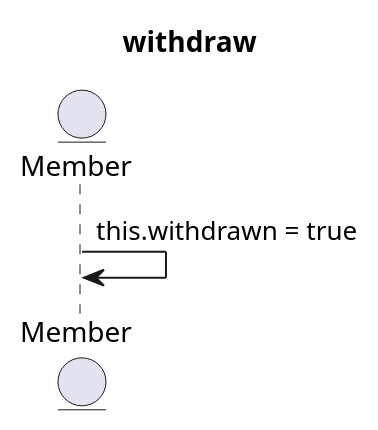
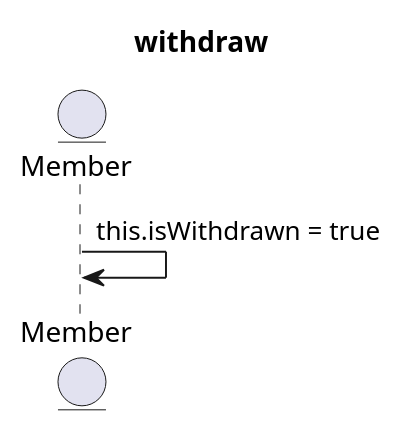
The diagram in document/puml/domain/membercontext/withdraw.puml (SimpleBoardTeam/simpleBoard-server), drawn with PlantUML before and after one commit. The commit also changed 1 other file, not shown here.

Commit message:
docs(diagram): isWithdrawn 추가 - soft delete 를 위한 isWithdrawn 추가

```diff
--- a/document/puml/domain/membercontext/withdraw.puml
+++ b/document/puml/domain/membercontext/withdraw.puml
@@ -1,6 +1,6 @@
 @startuml
 title withdraw
 
 entity Member
-Member -> Member : this.withdrawn = true
+Member -> Member : this.isWithdrawn = true
 @enduml
```
